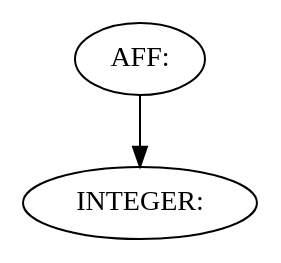
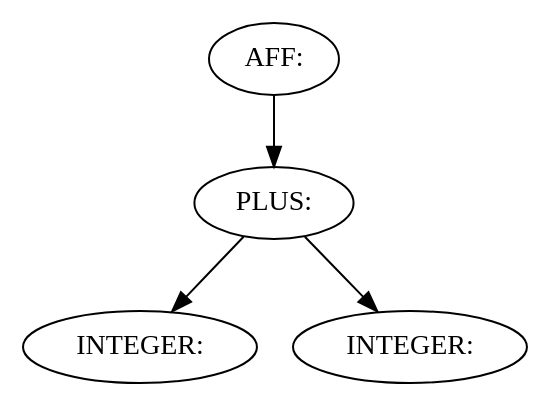
The diagram in data/syntAbstr.dot (malialili/Projet-Compilation), drawn with Graphviz before and after one commit. The commit also changed 5 other files, not shown here.

```diff
--- a/data/syntAbstr.dot
+++ b/data/syntAbstr.dot
@@ -1,4 +1,8 @@
-digraph ArbreSyntAbstr {1 [label="AFF:"];
+digraph ArbreSyntAbstr {3 [label="AFF:"];
+2 [label="PLUS:"];
 0 [label="INTEGER:"];
-1 -> 0 [label=""];
+2 -> 0 [label=""];
+1 [label="INTEGER:"];
+2 -> 1 [label=""];
+3 -> 2 [label=""];
 }
```
